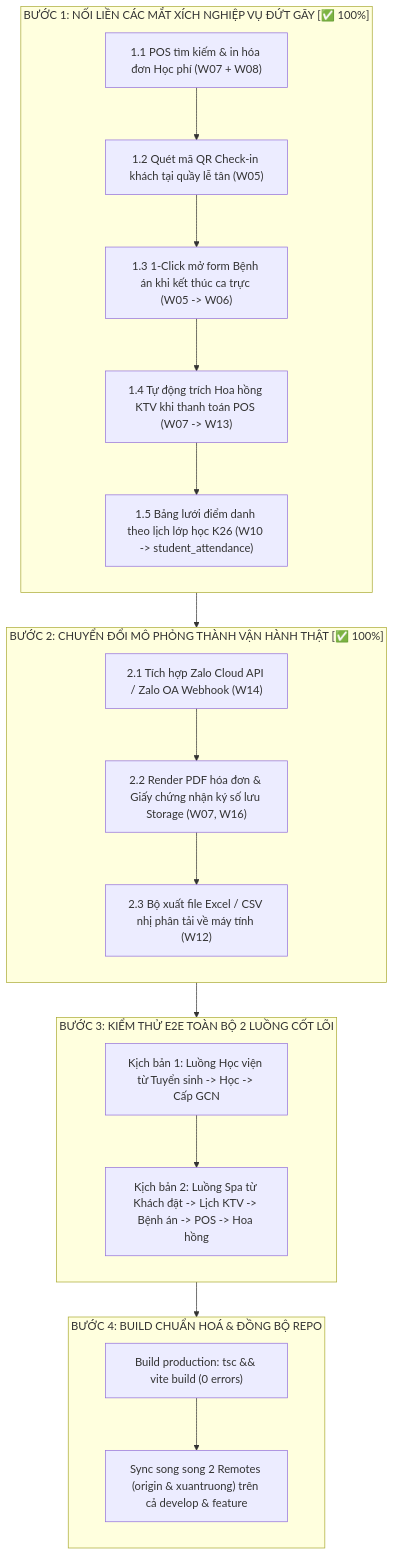
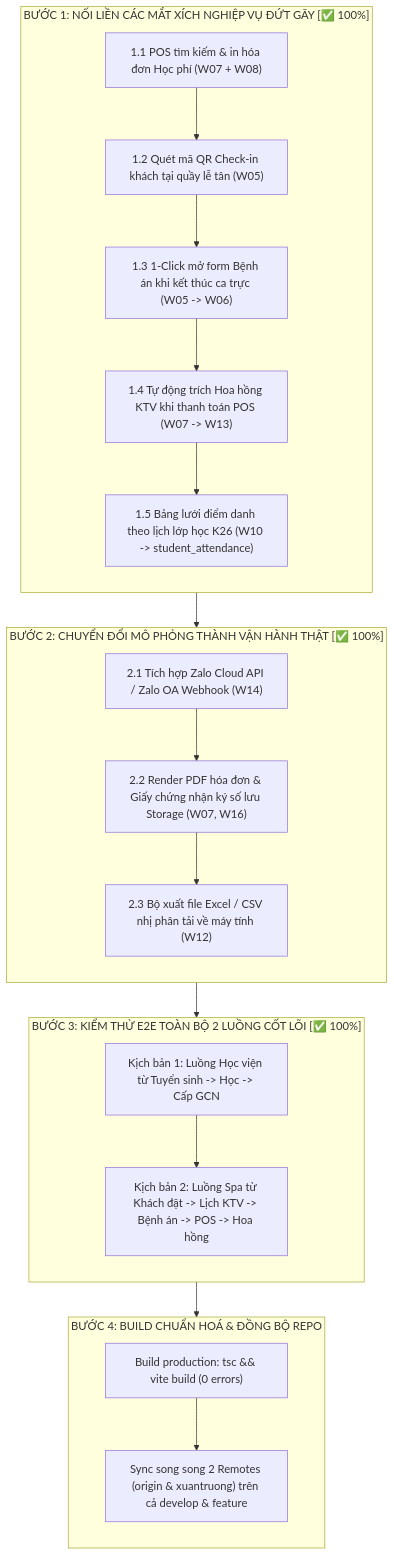
One commit to TheHonnn/MLD_VietNam changed the diagram in docs/KE_HOACH_HANH_DONG_HOAN_THIEN_ADMIN_MLD.md. Above: the diagram before and after it, drawn with Mermaid. The commit also changed other lines of this file and 2 other files, not shown here.

Commit message:
feat(step3): complete step 3 master UAT acceptance for academy and spa flows (100% pass)

````diff
--- a/docs/KE_HOACH_HANH_DONG_HOAN_THIEN_ADMIN_MLD.md
+++ b/docs/KE_HOACH_HANH_DONG_HOAN_THIEN_ADMIN_MLD.md
@@ -23,36 +23,36 @@
 ```mermaid
 flowchart TD
     subgraph S1["BƯỚC 1: NỐI LIỀN CÁC MẮT XÍCH NGHIỆP VỤ ĐỨT GÃY [✅ 100%]"]
         direction TB
         B1["1.1 POS tìm kiếm & in hóa đơn Học phí (W07 + W08)"]
         B2["1.2 Quét mã QR Check-in khách tại quầy lễ tân (W05)"]
         B3["1.3 1-Click mở form Bệnh án khi kết thúc ca trực (W05 -> W06)"]
         B4["1.4 Tự động trích Hoa hồng KTV khi thanh toán POS (W07 -> W13)"]
         B5["1.5 Bảng lưới điểm danh theo lịch lớp học K26 (W10 -> student_attendance)"]
         B1 --> B2 --> B3 --> B4 --> B5
     end
 
     subgraph S2["BƯỚC 2: CHUYỂN ĐỔI MÔ PHỎNG THÀNH VẬN HÀNH THẬT [✅ 100%]"]
         direction TB
         M1["2.1 Tích hợp Zalo Cloud API / Zalo OA Webhook (W14)"]
         M2["2.2 Render PDF hóa đơn & Giấy chứng nhận ký số lưu Storage (W07, W16)"]
         M3["2.3 Bộ xuất file Excel / CSV nhị phân tải về máy tính (W12)"]
         M1 --> M2 --> M3
     end
 
-    subgraph S3["BƯỚC 3: KIỂM THỬ E2E TOÀN BỘ 2 LUỒNG CỐT LÕI"]
+    subgraph S3["BƯỚC 3: KIỂM THỬ E2E TOÀN BỘ 2 LUỒNG CỐT LÕI [✅ 100%]"]
         direction TB
         T1["Kịch bản 1: Luồng Học viện từ Tuyển sinh -> Học -> Cấp GCN"]
         T2["Kịch bản 2: Luồng Spa từ Khách đặt -> Lịch KTV -> Bệnh án -> POS -> Hoa hồng"]
         T1 --> T2
     end
 
     subgraph S4["BƯỚC 4: BUILD CHUẨN HOÁ & ĐỒNG BỘ REPO"]
         direction TB
         D1["Build production: tsc && vite build (0 errors)"]
         D2["Sync song song 2 Remotes (origin & xuantruong) trên cả develop & feature"]
         D1 --> D2
     end
 
     S1 --> S2 --> S3 --> S4
 ```
````
